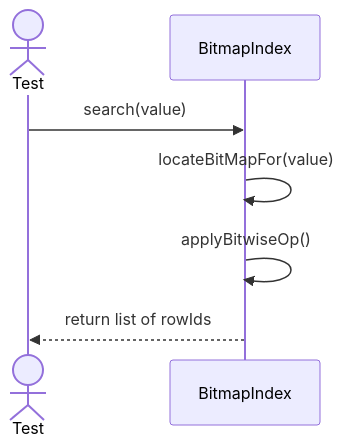
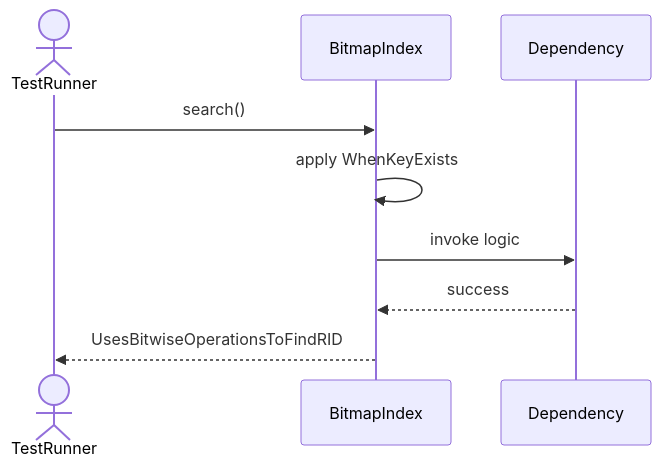
The second of 6 diagrams in Sequences/DatabaseObjectManagement/BitmapIndex.md (TamBui1706/DBMS), drawn with Mermaid before and after one commit. The commit also changed other lines of this file and 63 other files, not shown here.

Commit message:
Draw sequence diagram for unit tests

````diff
--- a/Sequences/DatabaseObjectManagement/BitmapIndex.md
+++ b/Sequences/DatabaseObjectManagement/BitmapIndex.md
@@ -28,10 +33,10 @@
 ```mermaid
 sequenceDiagram
-    actor Test
+    actor TestRunner
     participant BitmapIndex
-
-    Test->>BitmapIndex: search(value)
-    BitmapIndex->>BitmapIndex: locateBitMapFor(value)
-    BitmapIndex->>BitmapIndex: applyBitwiseOp()
-    BitmapIndex-->>Test: return list of rowIds
+    TestRunner->>BitmapIndex: search()
+    BitmapIndex->>BitmapIndex: apply WhenKeyExists
+    BitmapIndex->>Dependency: invoke logic
+    Dependency-->>BitmapIndex: success
+    BitmapIndex-->>TestRunner: UsesBitwiseOperationsToFindRID
 ```
````
